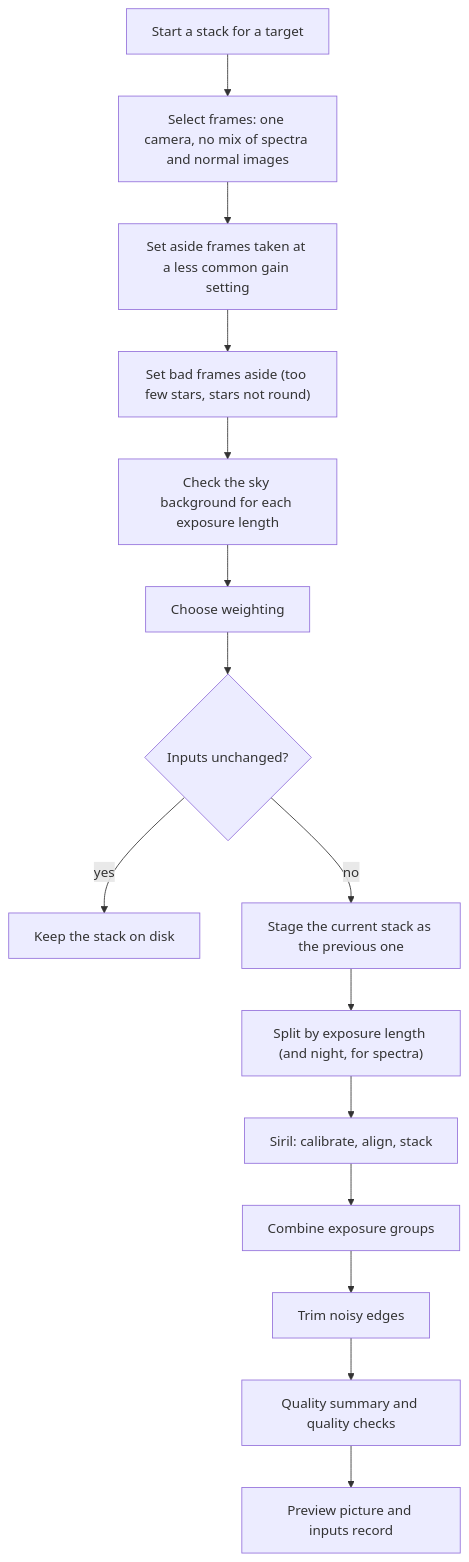
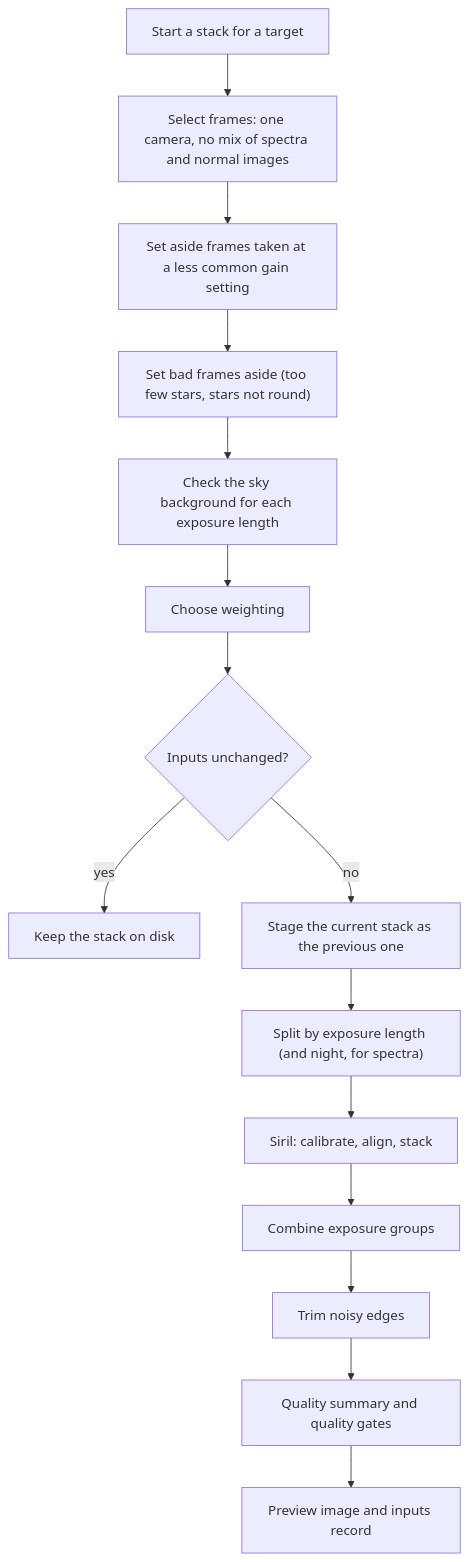
One commit to m1chae2/astrometrics changed the diagram in documentation/library_design/pipelines/stacking.md. Above: the diagram before and after it, drawn with Mermaid. The commit also changed other lines of this file and 93 other files, not shown here.

````diff
--- a/documentation/library_design/pipelines/stacking.md
+++ b/documentation/library_design/pipelines/stacking.md
@@ -50,17 +31,17 @@
 ```mermaid
 flowchart TD
     A["Start a stack for a target"] --> B["Select frames: one camera, no mix of spectra and normal images"]
     B --> C["Set aside frames taken at a less common gain setting"]
     C --> D["Set bad frames aside (too few stars, stars not round)"]
     D --> E["Check the sky background for each exposure length"]
     E --> F["Choose weighting"]
     F --> G{"Inputs unchanged?"}
     G -- yes --> H["Keep the stack on disk"]
     G -- no --> I["Stage the current stack as the previous one"]
     I --> J["Split by exposure length (and night, for spectra)"]
     J --> K["Siril: calibrate, align, stack"]
     K --> L["Combine exposure groups"]
     L --> M["Trim noisy edges"]
-    M --> N["Quality summary and quality checks"]
-    N --> O["Preview picture and inputs record"]
+    M --> N["Quality summary and quality gates"]
+    N --> O["Preview image and inputs record"]
 ```
````
